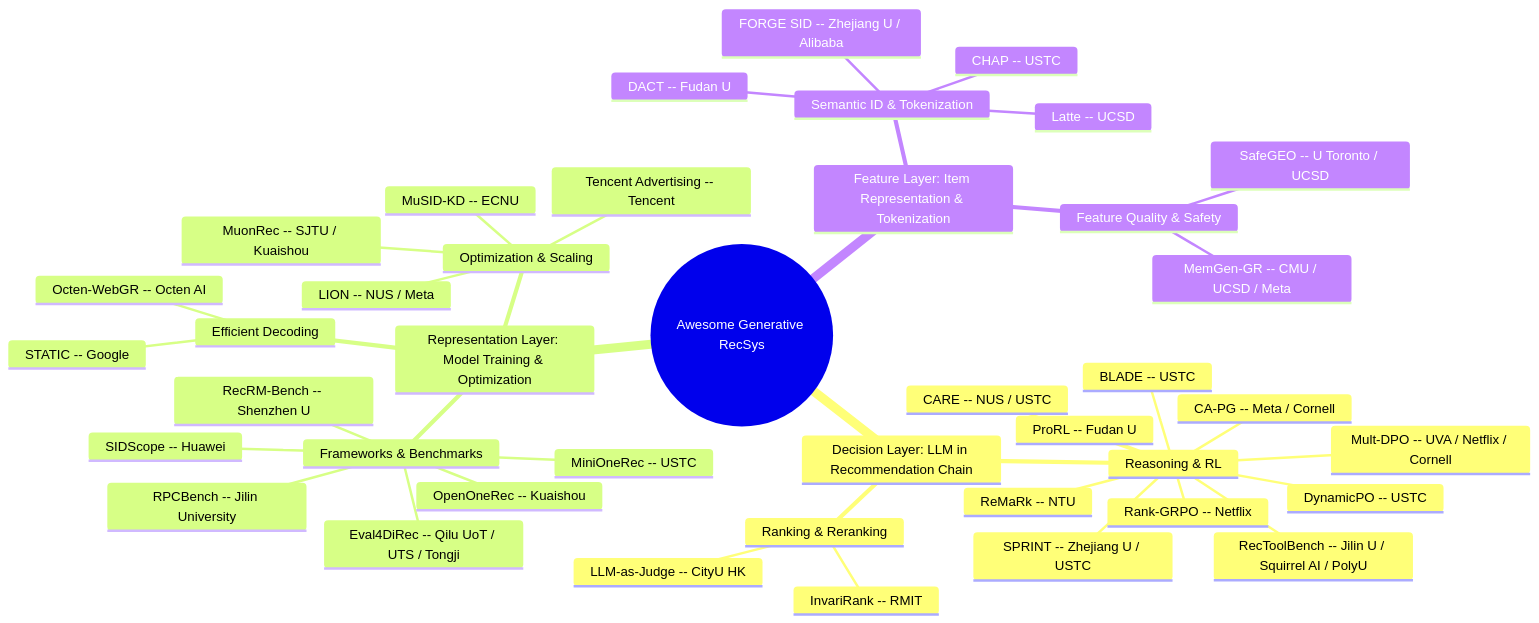
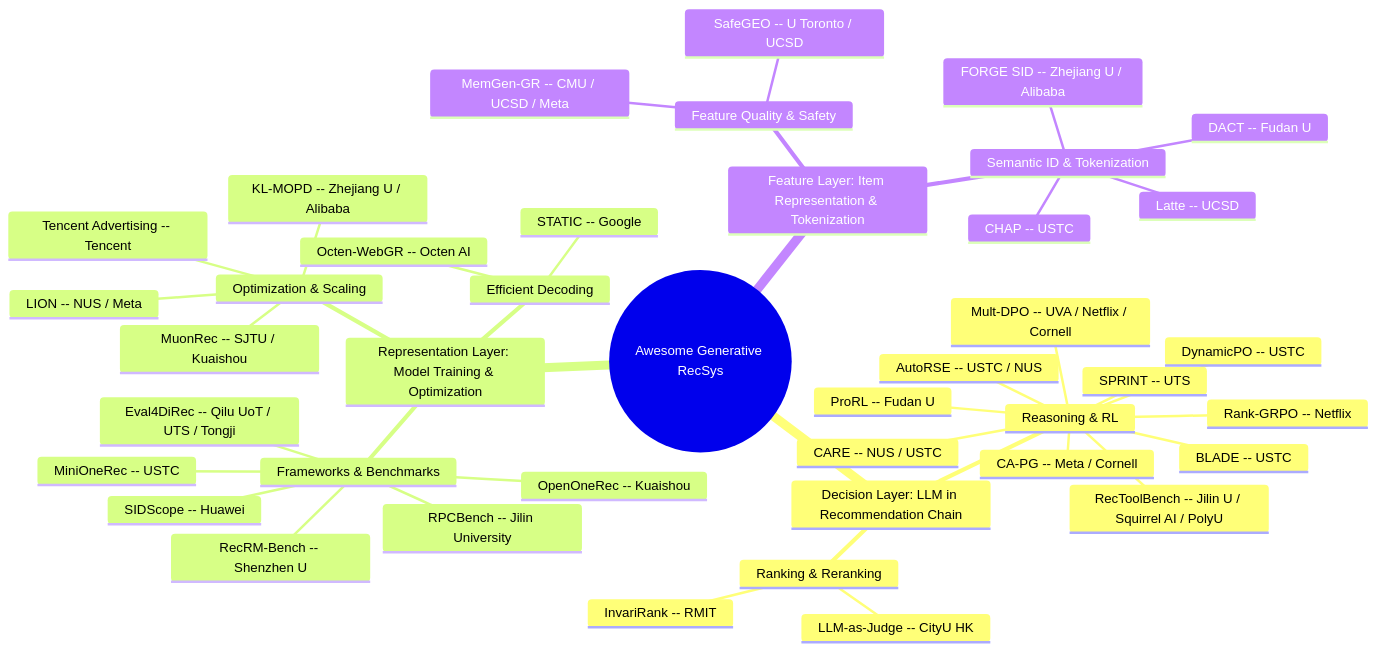
One commit to HaFred/awesome-generative-recsys changed the diagram in README.md. Above: the diagram before and after it, drawn with Mermaid. The commit also changed other lines of this file and 3 other files, not shown here.

Commit message:
feat: Oct 29 genrec hunt — REGER/LESSRec/AutoRSE/KL-MOPD/PailitaoMMSearch2.0/DARTS/Refiner/API (2 opensource: AutoRSE 6/10, KL-MOPD 7/10); By Opensource 230->232; archive Oct 17/18

````diff
--- a/README.md
+++ b/README.md
@@ -30,44 +30,44 @@
 ```mermaid
 mindmap
   root((Awesome Generative RecSys))
     Decision Layer: LLM in Recommendation Chain
       Reasoning & RL
         Rank-GRPO -- Netflix
         DynamicPO -- USTC
         BLADE -- USTC
-        SPRINT -- Zhejiang U / USTC
+        SPRINT -- UTS
         CARE -- NUS / USTC
         Mult-DPO -- UVA / Netflix / Cornell
         CA-PG -- Meta / Cornell
         ProRL -- Fudan U
-        ReMaRk -- NTU
         RecToolBench -- Jilin U / Squirrel AI / PolyU
+        AutoRSE -- USTC / NUS
       Ranking & Reranking
         InvariRank -- RMIT
         LLM-as-Judge -- CityU HK
     Representation Layer: Model Training & Optimization
       Frameworks & Benchmarks
         MiniOneRec -- USTC
         OpenOneRec -- Kuaishou
         RecRM-Bench -- Shenzhen U
         SIDScope -- Huawei
         RPCBench -- Jilin University
         Eval4DiRec -- Qilu UoT / UTS / Tongji
       Efficient Decoding
         STATIC -- Google
         Octen-WebGR -- Octen AI
       Optimization & Scaling
         MuonRec -- SJTU / Kuaishou
         Tencent Advertising -- Tencent
         LION -- NUS / Meta
-        MuSID-KD -- ECNU
+        KL-MOPD -- Zhejiang U / Alibaba
     Feature Layer: Item Representation & Tokenization
       Semantic ID & Tokenization
         Latte -- UCSD
         FORGE SID -- Zhejiang U / Alibaba
         DACT -- Fudan U
         CHAP -- USTC
       Feature Quality & Safety
         SafeGEO -- U Toronto / UCSD
         MemGen-GR -- CMU / UCSD / Meta
 ```
````
